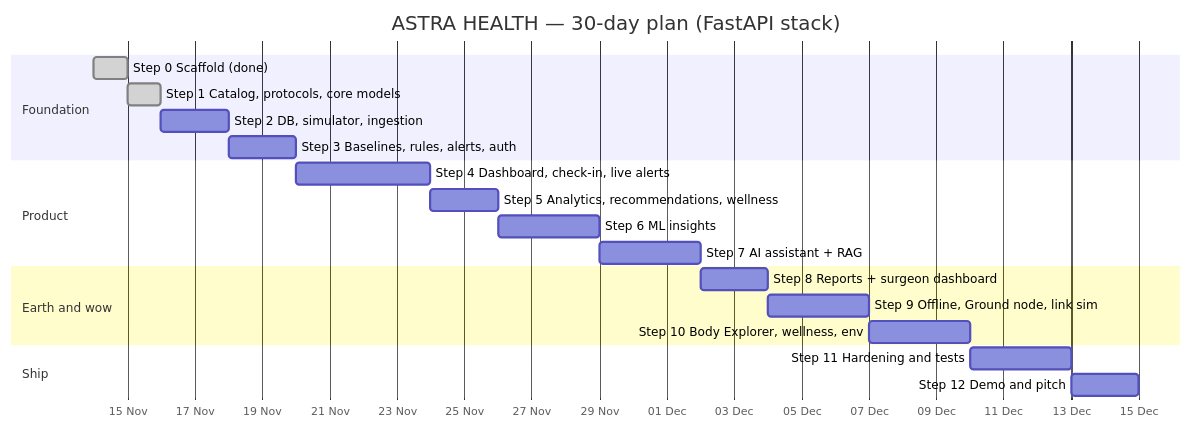
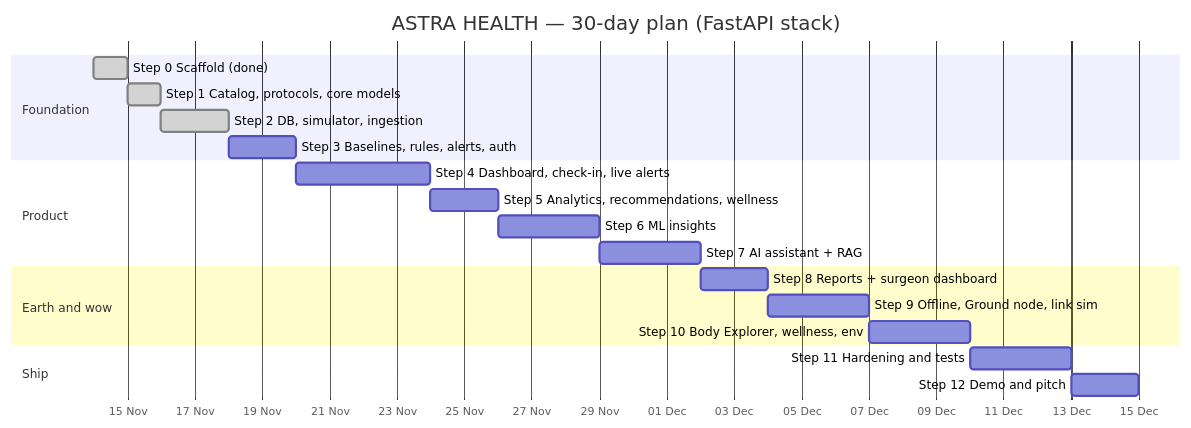
Before and after one commit to Tarun9076/Astra-Health: the diagram in docs/04-Implementation-Plan.md, drawn with Mermaid. The commit also changed other lines of this file and 8 other files, not shown here.

First line of the commit message:
docs: document Step 2 (database, ingestion API, simulator)

````diff
--- a/docs/04-Implementation-Plan.md
+++ b/docs/04-Implementation-Plan.md
@@ -34,23 +34,23 @@
 ```mermaid
 gantt
     title ASTRA HEALTH — 30-day plan (FastAPI stack)
     dateFormat  YYYY-MM-DD
     axisFormat  %d %b
     section Foundation
     Step 0 Scaffold (done)               :done, s0, 2026-11-14, 1d
     Step 1 Catalog, protocols, core models :done, s1, after s0, 1d
-    Step 2 DB, simulator, ingestion      :s2, after s1, 2d
+    Step 2 DB, simulator, ingestion      :done, s2, after s1, 2d
     Step 3 Baselines, rules, alerts, auth :s3, after s2, 2d
     section Product
     Step 4 Dashboard, check-in, live alerts :s4, after s3, 4d
     Step 5 Analytics, recommendations, wellness :s5, after s4, 2d
     Step 6 ML insights                   :s6, after s5, 3d
     Step 7 AI assistant + RAG            :s7, after s6, 3d
     section Earth and wow
     Step 8 Reports + surgeon dashboard   :s8, after s7, 2d
     Step 9 Offline, Ground node, link sim :s9, after s8, 3d
     Step 10 Body Explorer, wellness, env :s10, after s9, 3d
     section Ship
     Step 11 Hardening and tests          :s11, after s10, 3d
     Step 12 Demo and pitch               :s12, after s11, 2d
 ```
````
